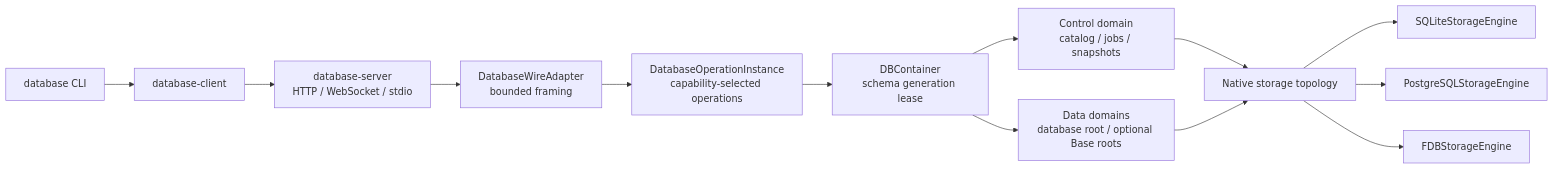
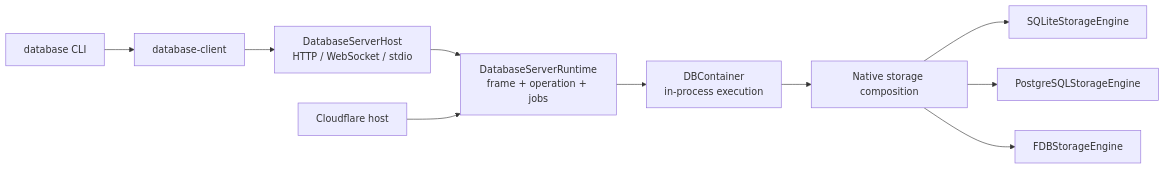
The diagram in README.md (1amageek/database-server), drawn with Mermaid before and after one commit. The commit also changed other lines of this file and 389 other files, not shown here.

Commit message:
Separate server runtime from native hosting

````diff
--- a/README.md
+++ b/README.md
@@ -39,15 +45,13 @@
 ```mermaid
 flowchart LR
     CLI["database CLI"] --> Client["database-client"]
-    Client --> Host["database-server<br/>HTTP / WebSocket / stdio"]
-    Host --> Adapter["DatabaseWireAdapter<br/>bounded framing"]
-    Adapter --> Runtime["DatabaseOperationInstance<br/>capability-selected operations"]
-    Runtime --> Container["DBContainer<br/>schema generation lease"]
-    Container --> Control["Control domain<br/>catalog / jobs / snapshots"]
-    Container --> Data["Data domains<br/>database root / optional Base roots"]
-    Control --> Factory["Native storage topology"]
-    Data --> Factory
+    Client --> Host["DatabaseServerHost<br/>HTTP / WebSocket / stdio"]
+    Host --> Runtime["DatabaseServerRuntime<br/>frame + operation + jobs"]
+    Runtime --> Container["DBContainer<br/>in-process execution"]
+    Container --> Factory["Native storage composition"]
     Factory --> SQLite["SQLiteStorageEngine"]
     Factory --> PostgreSQL["PostgreSQLStorageEngine"]
     Factory --> FDB["FDBStorageEngine"]
+
+    Cloudflare["Cloudflare host"] --> Runtime
 ```
````
